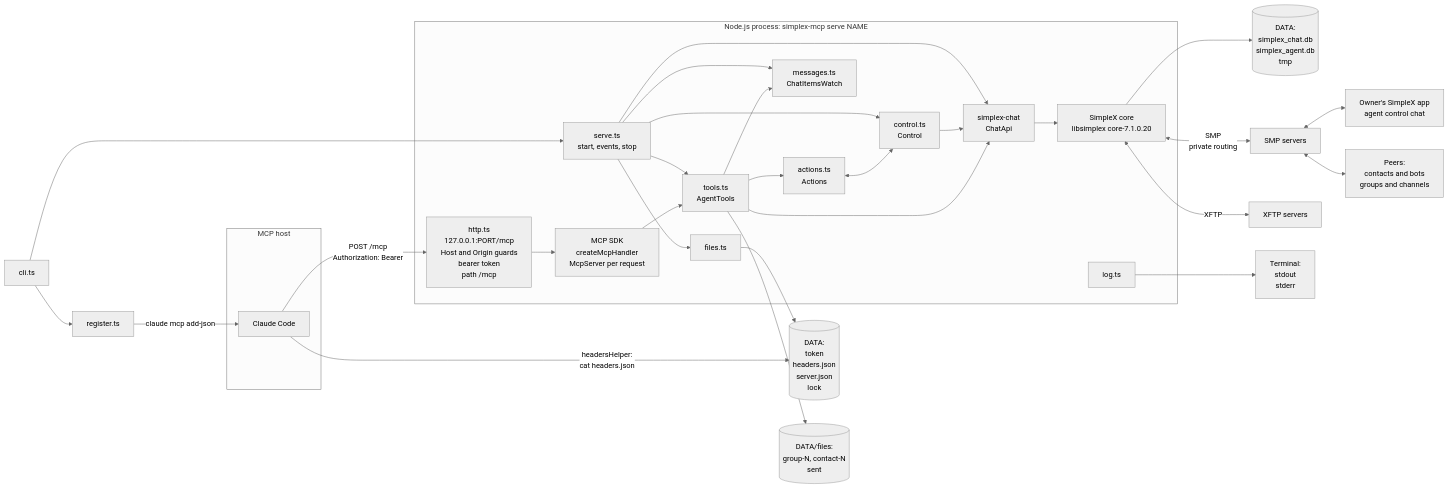
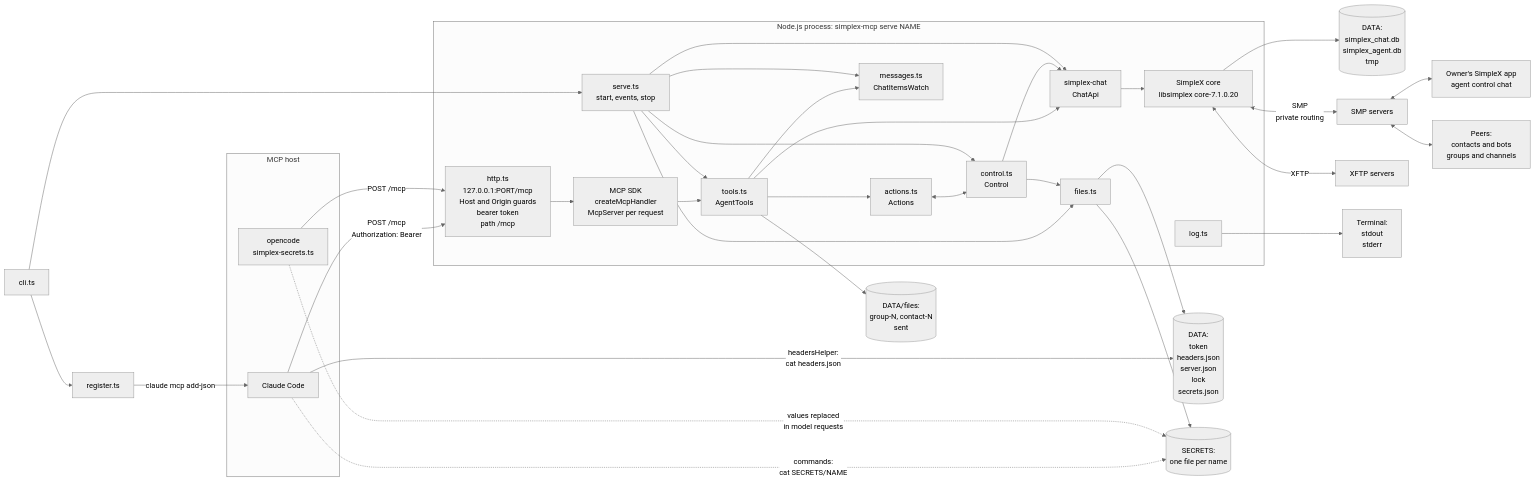
One commit to simplex-chat/simplex-chat changed the first of 2 diagrams in packages/simplex-chat-mcp/spec/architecture.md. Above: the diagram before and after it, drawn with Mermaid (neutral theme). The commit also changed other lines of this file and 8 other files, not shown here.

Commit message:
docs: agent secrets of the MCP server

````diff
--- a/packages/simplex-chat-mcp/spec/architecture.md
+++ b/packages/simplex-chat-mcp/spec/architecture.md
@@ -26,44 +26,50 @@
 ```mermaid
 flowchart LR
   subgraph host["MCP host"]
     cc["Claude Code"]
+    oc["opencode<br/>simplex-secrets.ts"]
   end
   subgraph proc["Node.js process: simplex-mcp serve NAME"]
     http["http.ts<br/>127.0.0.1:PORT/mcp<br/>Host and Origin guards<br/>bearer token<br/>path /mcp"]
     sdk["MCP SDK<br/>createMcpHandler<br/>McpServer per request"]
     tools["tools.ts<br/>AgentTools"]
     actions["actions.ts<br/>Actions"]
     control["control.ts<br/>Control"]
     messages["messages.ts<br/>ChatItemsWatch"]
     serve["serve.ts<br/>start, events, stop"]
     files["files.ts"]
     log["log.ts"]
     lib["simplex-chat<br/>ChatApi"]
     core["SimpleX core<br/>libsimplex core-7.1.0.20"]
   end
   cli["cli.ts"] --> serve
   cli --> register["register.ts"]
   register -->|"claude mcp add-json"| cc
   cc -->|"headersHelper:<br/>cat headers.json"| data
   cc -->|"POST /mcp<br/>Authorization: Bearer"| http
   http --> sdk --> tools
   tools --> actions
   actions <--> control
   tools --> messages
   serve --> control
   serve --> tools
   serve --> messages
   serve --> files
-  files --> data[("DATA:<br/>token<br/>headers.json<br/>server.json<br/>lock")]
+  control --> files
+  files --> data[("DATA:<br/>token<br/>headers.json<br/>server.json<br/>lock<br/>secrets.json")]
+  files --> secrets[("SECRETS:<br/>one file per name")]
+  cc -.->|"commands:<br/>cat SECRETS/NAME"| secrets
+  oc -.->|"values replaced<br/>in model requests"| secrets
+  oc -->|"POST /mcp"| http
   tools --> folder[("DATA/files:<br/>group-N, contact-N<br/>sent")]
   tools --> lib
   control --> lib
   serve --> lib
   lib --> core
   core --> db[("DATA:<br/>simplex_chat.db<br/>simplex_agent.db<br/>tmp")]
   core <-->|"SMP<br/>private routing"| smp["SMP servers"]
   core <-->|"XFTP"| xftp["XFTP servers"]
   smp <--> owner["Owner's SimpleX app<br/>agent control chat"]
   smp <--> peers["Peers:<br/>contacts and bots<br/>groups and channels"]
   log --> term["Terminal:<br/>stdout<br/>stderr"]
 ```
````
